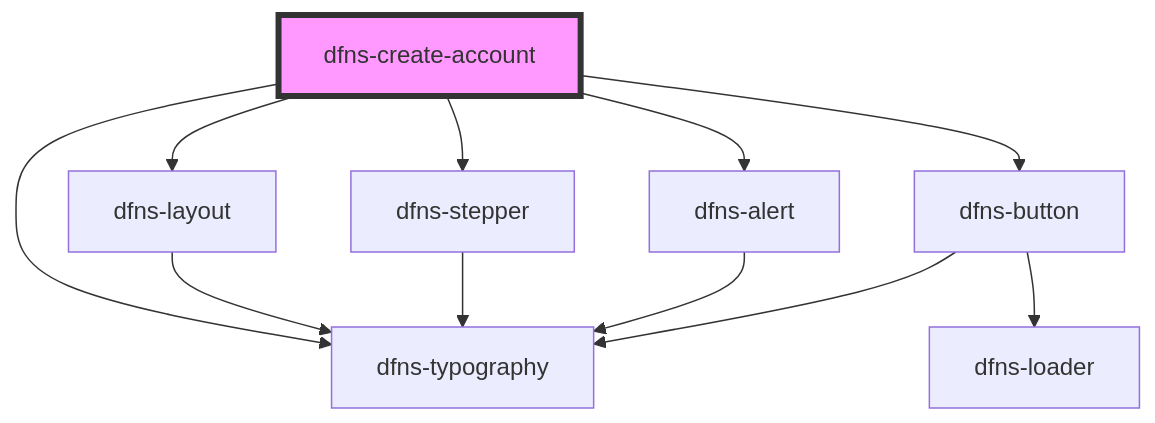
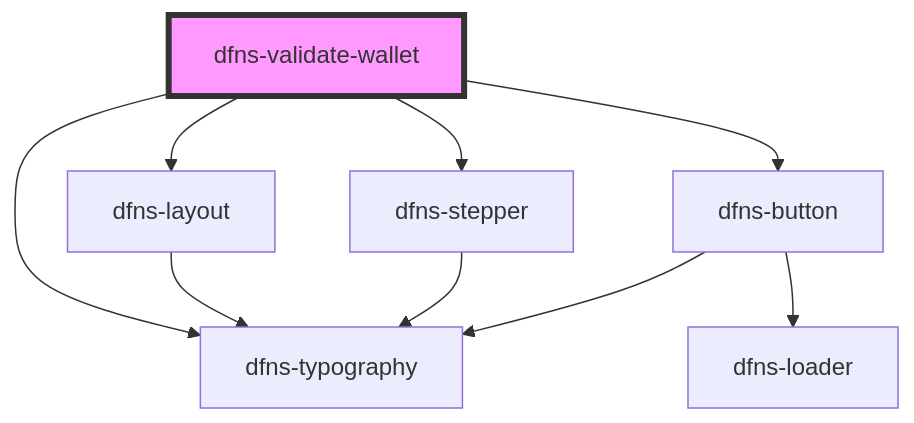
One commit to dfnsext/web-ui changed the diagram in src/components/dfns-validate-wallet/readme.md. Above: the diagram before and after it, drawn with Mermaid. The commit also changed other lines of this file and 23 other files, not shown here.

````diff
--- a/src/components/dfns-validate-wallet/readme.md
+++ b/src/components/dfns-validate-wallet/readme.md
@@ -19,14 +35,12 @@
 ```mermaid
 graph TD;
-  dfns-create-account --> dfns-layout
-  dfns-create-account --> dfns-typography
-  dfns-create-account --> dfns-stepper
-  dfns-create-account --> dfns-alert
-  dfns-create-account --> dfns-button
+  dfns-validate-wallet --> dfns-layout
+  dfns-validate-wallet --> dfns-typography
+  dfns-validate-wallet --> dfns-stepper
+  dfns-validate-wallet --> dfns-button
   dfns-layout --> dfns-typography
   dfns-stepper --> dfns-typography
-  dfns-alert --> dfns-typography
   dfns-button --> dfns-typography
   dfns-button --> dfns-loader
-  style dfns-create-account fill:#f9f,stroke:#333,stroke-width:4px
+  style dfns-validate-wallet fill:#f9f,stroke:#333,stroke-width:4px
 ```
````
